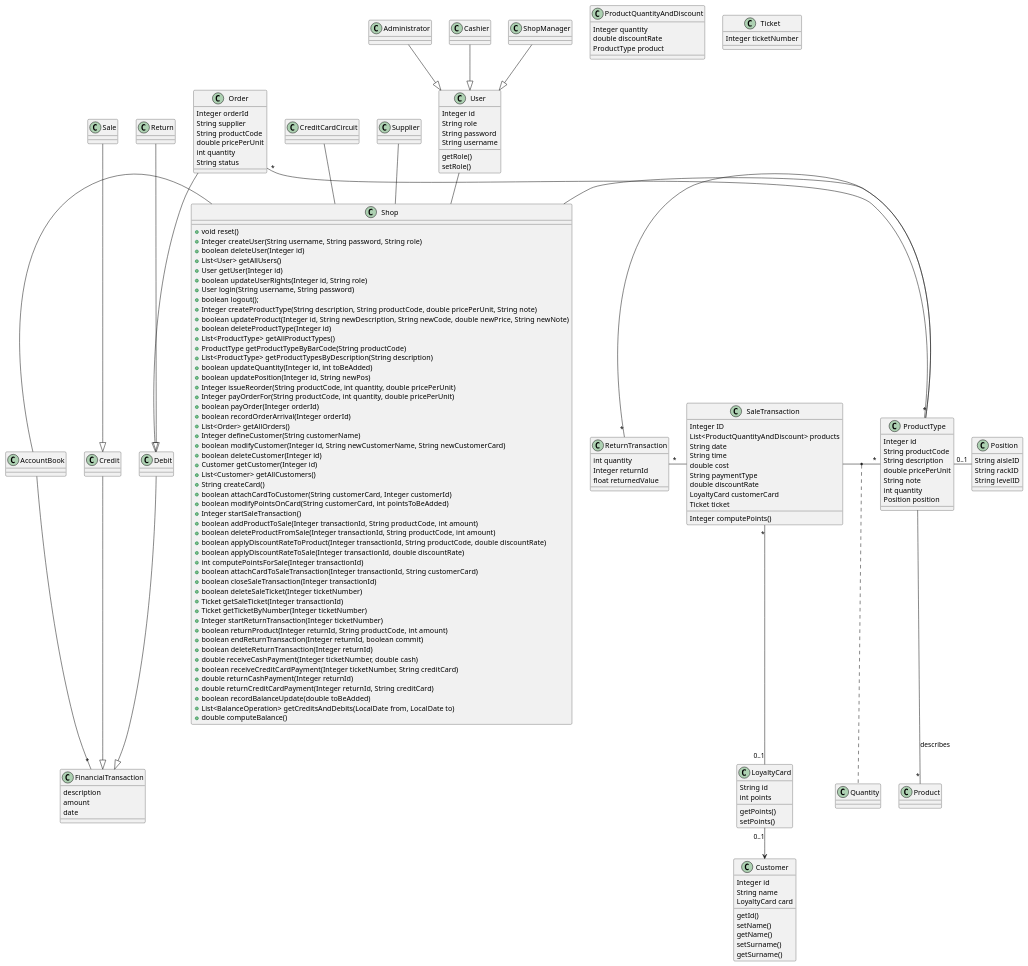
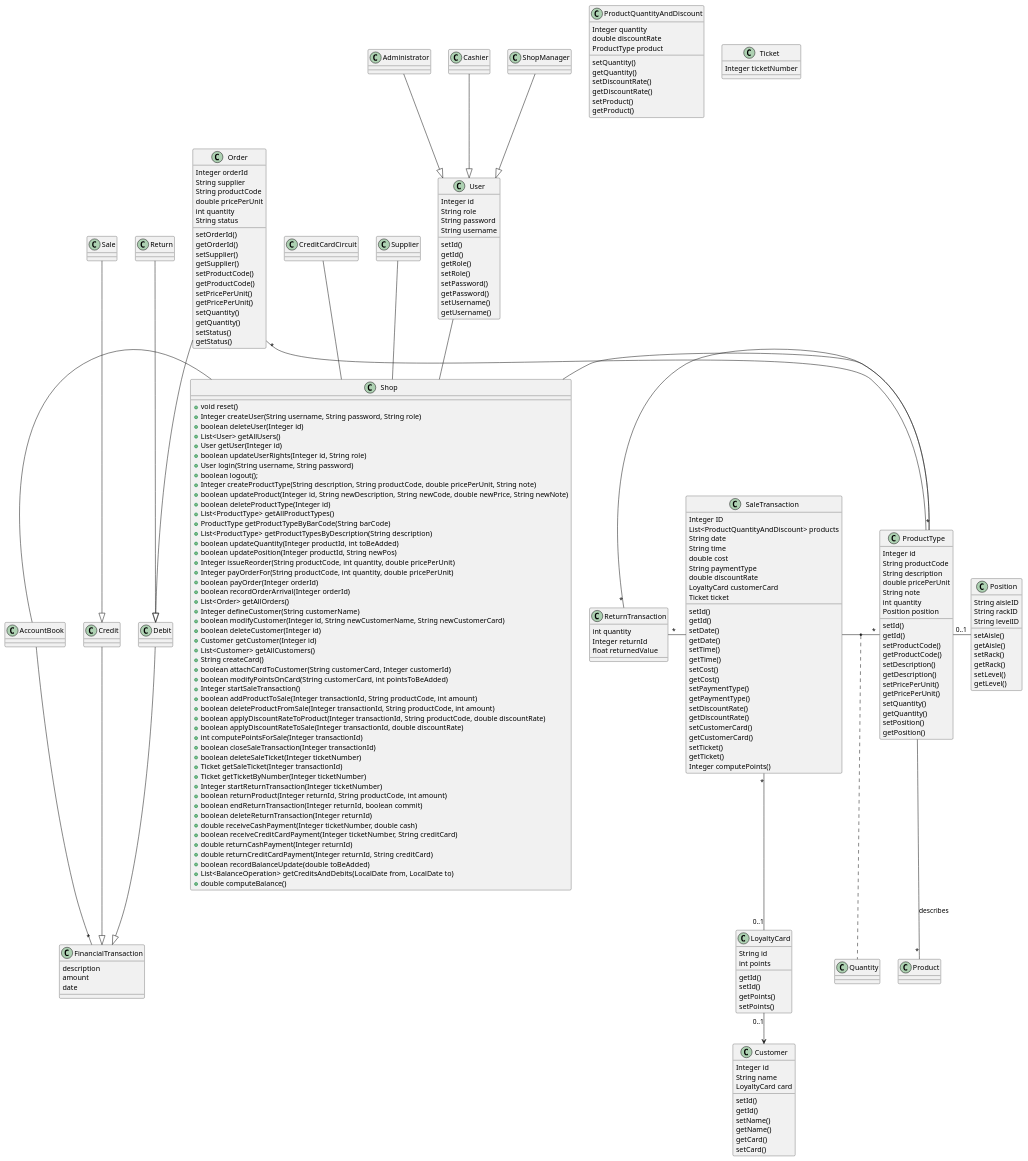
Before and after one commit to Ralls0/ezshop: the diagram in Deliverables/low_level_design.wsd, drawn with PlantUML.

Commit message:
Modify low_level_design: added get & set methods

```diff
--- a/Deliverables/low_level_design.wsd
+++ b/Deliverables/low_level_design.wsd
@@ -19,13 +19,12 @@
     String name
     LoyaltyCard card
 
-    'setId()
+    setId()
     getId()
     setName()
     getName()
-    setSurname()
-    getSurname()
-
+    getCard()
+    setCard()
 }
 class Debit {
 
@@ -39,8 +38,8 @@
     String id
     int points
 
-    'getId()
-    'setId()
+    getId()
+    setId()
     getPoints()
     setPoints()
     
@@ -53,6 +52,19 @@
     double pricePerUnit
     int quantity
     String status
+
+    setOrderId()
+    getOrderId()
+    setSupplier()
+    getSupplier()
+    setProductCode()
+    getProductCode()
+    setPricePerUnit()
+    getPricePerUnit()
+    setQuantity()
+    getQuantity()
+    setStatus()
+    getStatus()
 }
 
 class ProductType{
@@ -63,12 +75,32 @@
     String note
     int quantity
     Position position
+
+    setId()
+    getId()
+    setProductCode()
+    getProductCode()
+    setDescription()
+    getDescription()
+    setPricePerUnit()
+    getPricePerUnit()
+    setQuantity()
+    getQuantity()
+    setPosition()
+    getPosition()
 }
 
 class Position {
     String aisleID
     String rackID
     String levelID
+
+    setAisle()
+    getAisle()
+    setRack()
+    getRack()
+    setLevel()
+    getLevel()
 }
 
 class Return {
@@ -85,6 +117,13 @@
     Integer quantity
     double discountRate
     ProductType product
+    
+    setQuantity()
+    getQuantity()
+    setDiscountRate()
+    getDiscountRate()
+    setProduct()
+    getProduct()
 }
 
 class SaleTransaction {
@@ -98,7 +137,24 @@
     LoyaltyCard customerCard
     Ticket ticket
 
+    setId()
+    getId()
+    setDate()
+    getDate()
+    setTime()
+    getTime()
+    setCost()
+    getCost()
+    setPaymentType()
+    getPaymentType()
+    setDiscountRate()
+    getDiscountRate()
+    setCustomerCard()
+    getCustomerCard()
+    setTicket()
+    getTicket()
     Integer computePoints()
+
 }
 
 class Sale {
@@ -118,11 +174,10 @@
     +boolean updateProduct(Integer id, String newDescription, String newCode, double newPrice, String newNote)
     +boolean deleteProductType(Integer id)
     +List<ProductType> getAllProductTypes()
-    +ProductType getProductTypeByBarCode(String productCode)
+    +ProductType getProductTypeByBarCode(String barCode)
     +List<ProductType> getProductTypesByDescription(String description)
-    +boolean updateQuantity(Integer id, int toBeAdded)
-    +boolean updatePosition(Integer id, String newPos)
-    '+boolean updatePosition(Integer id, Position newPos)
+    +boolean updateQuantity(Integer productId, int toBeAdded)
+    +boolean updatePosition(Integer productId, String newPos)
     +Integer issueReorder(String productCode, int quantity, double pricePerUnit)
     +Integer payOrderFor(String productCode, int quantity, double pricePerUnit)
     +boolean payOrder(Integer orderId)
@@ -142,7 +197,6 @@
     +boolean applyDiscountRateToProduct(Integer transactionId, String productCode, double discountRate)
     +boolean applyDiscountRateToSale(Integer transactionId, double discountRate)
     +int computePointsForSale(Integer transactionId)
-    +boolean attachCardToSaleTransaction(Integer transactionId, String customerCard)
     +boolean closeSaleTransaction(Integer transactionId)
     +boolean deleteSaleTicket(Integer ticketNumber)
     +Ticket getSaleTicket(Integer transactionId)
@@ -158,11 +212,6 @@
     +boolean recordBalanceUpdate(double toBeAdded)
     +List<BalanceOperation> getCreditsAndDebits(LocalDate from, LocalDate to)
     +double computeBalance()
-
-
-
-
-
 }
 class ShopManager {
 
@@ -181,8 +230,14 @@
     String password
     String username
 
+    setId()
+    getId()
     getRole()
     setRole()
+    setPassword()
+    getPassword()
+    setUsername()
+    getUsername()
 }
 
 AccountBook - Shop
```
